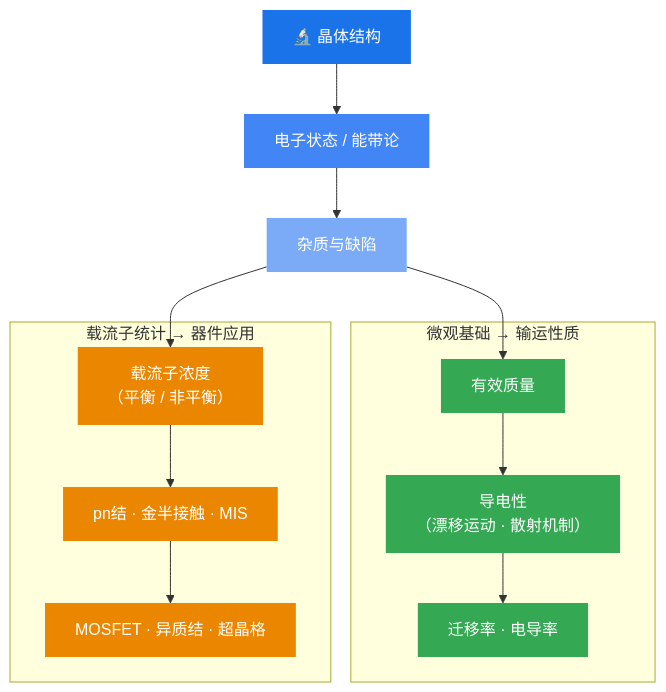
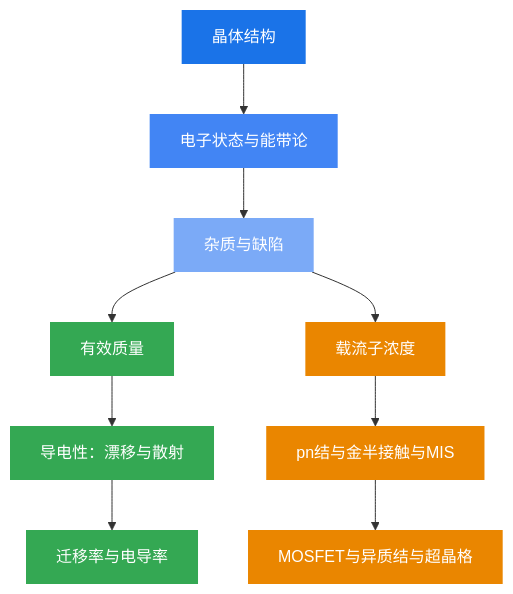
Before and after one commit to LiuandXu/semiconductor-physics-wiki: the diagram in docs/index.md, drawn with Mermaid.

Commit message:
fix: 简化 Mermaid 语法修复渲染错误

````diff
--- a/docs/index.md
+++ b/docs/index.md
@@ -16,28 +16,24 @@
 ```mermaid
 flowchart TD
-    A["🔬 晶体结构"] --> B["电子状态 / 能带论"]
+    A["晶体结构"] --> B["电子状态与能带论"]
     B --> C["杂质与缺陷"]
 
-    C --> D
-    C --> E
+    C --> D["有效质量"]
+    C --> E["载流子浓度"]
 
-    subgraph S1["微观基础 → 输运性质"]
-        D["有效质量"] --> F["导电性<br/>（漂移运动 · 散射机制）"]
-        F --> G["迁移率 · 电导率"]
-    end
+    D --> F["导电性：漂移与散射"]
+    F --> G["迁移率与电导率"]
 
-    subgraph S2["载流子统计 → 器件应用"]
-        E["载流子浓度<br/>（平衡 / 非平衡）"] --> H["pn结 · 金半接触 · MIS"]
-        H --> I["MOSFET · 异质结 · 超晶格"]
-    end
+    E --> H["pn结与金半接触与MIS"]
+    H --> I["MOSFET与异质结与超晶格"]
 
     style A fill:#1a73e8,color:#fff,stroke:none
     style B fill:#4285f4,color:#fff,stroke:none
     style C fill:#7baaf7,color:#fff,stroke:none
     style D fill:#34a853,color:#fff,stroke:none
     style F fill:#34a853,color:#fff,stroke:none
     style G fill:#34a853,color:#fff,stroke:none
     style E fill:#ea8600,color:#fff,stroke:none
     style H fill:#ea8600,color:#fff,stroke:none
     style I fill:#ea8600,color:#fff,stroke:none
 ```
````
